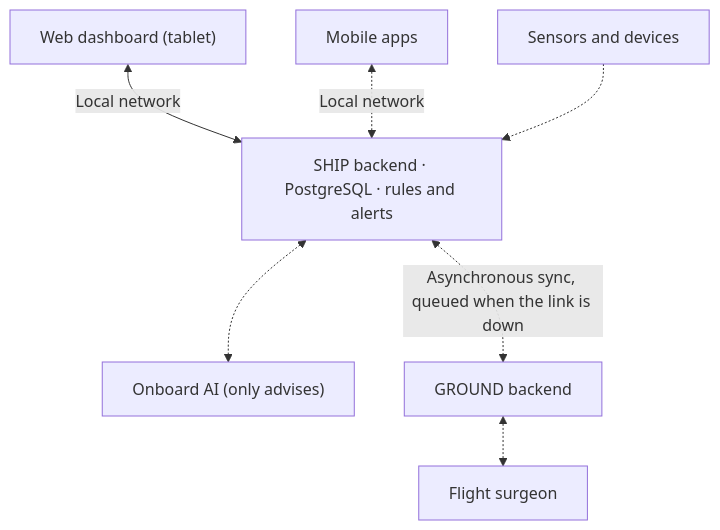
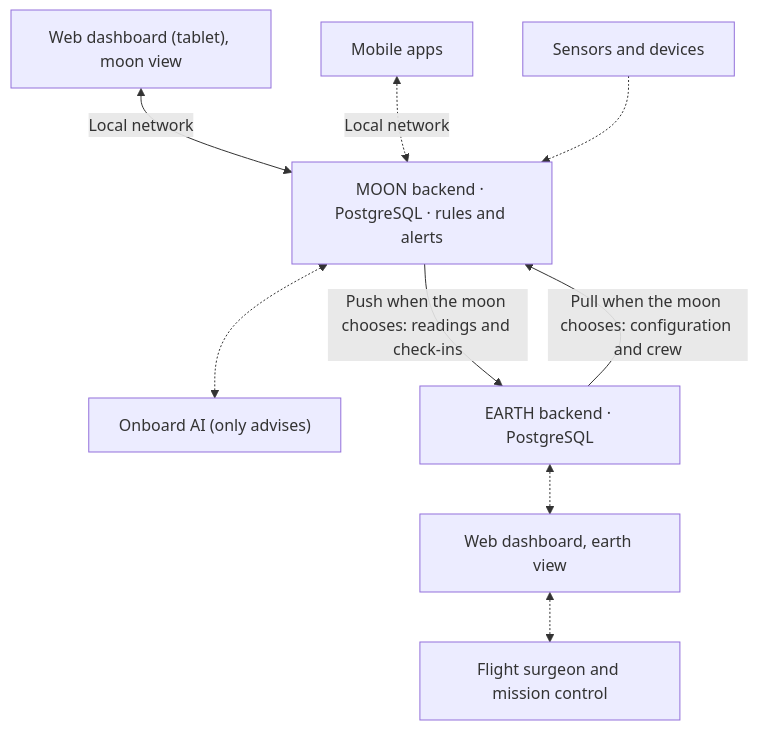
The diagram in docs/system_design.md (adoviguerav/mooncare), drawn with Mermaid before and after one commit. The commit also changed other lines of this file and 1 other file, not shown here.

````diff
--- a/docs/system_design.md
+++ b/docs/system_design.md
@@ -196,16 +198,19 @@
 ```mermaid
 flowchart TD
-    dashboard["Web dashboard (tablet)"]
+    dashboard["Web dashboard (tablet), moon view"]
     apps["Mobile apps"]
     sensors["Sensors and devices"]
-    ship["SHIP backend · PostgreSQL · rules and alerts"]
+    moon["MOON backend · PostgreSQL · rules and alerts"]
     ai["Onboard AI (only advises)"]
-    ground["GROUND backend"]
-    surgeon["Flight surgeon"]
-    dashboard <-->|Local network| ship
-    apps <-.->|Local network| ship
-    sensors -.-> ship
-    ship <-.-> ai
-    ship <-.->|"Asynchronous sync, queued when the link is down"| ground
-    ground <-.-> surgeon
+    earth["EARTH backend · PostgreSQL"]
+    ground_view["Web dashboard, earth view"]
+    surgeon["Flight surgeon and mission control"]
+    dashboard <-->|Local network| moon
+    apps <-.->|Local network| moon
+    sensors -.-> moon
+    moon <-.-> ai
+    moon -->|"Push when the moon chooses: readings and check-ins"| earth
+    earth -->|"Pull when the moon chooses: configuration and crew"| moon
+    earth <-.-> ground_view
+    ground_view <-.-> surgeon
 ```
````
